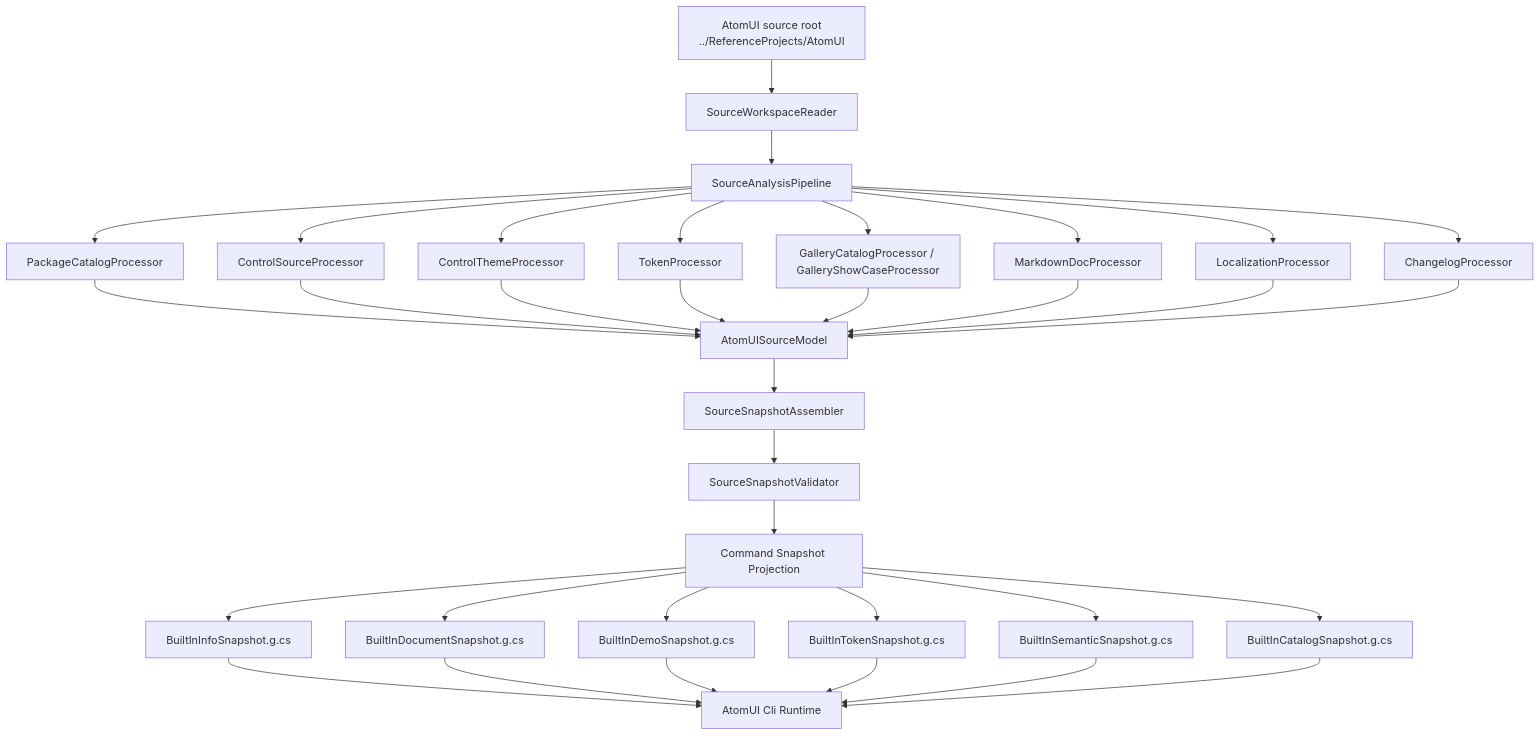
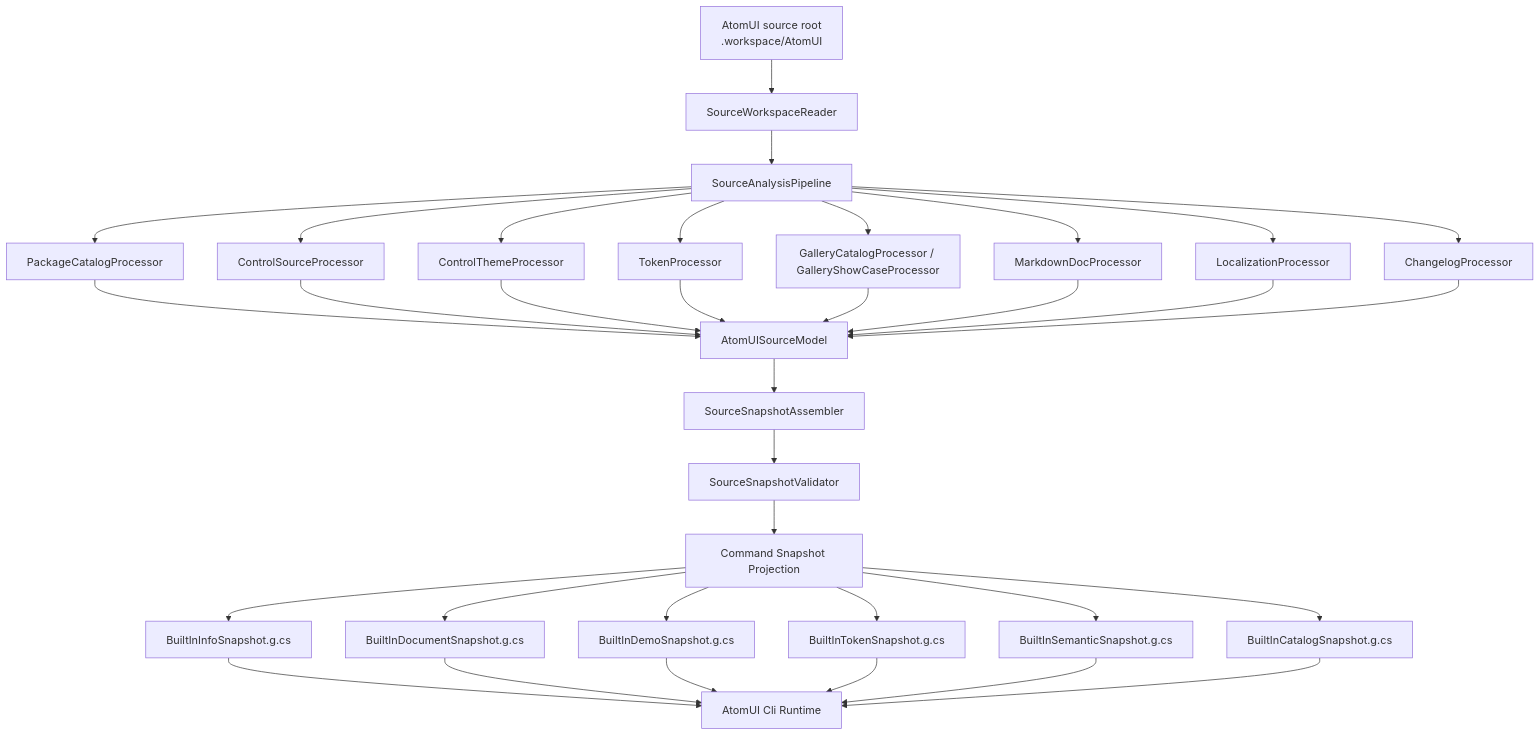
The diagram in docs/architecture/source-analysis-pipeline-design.md (AtomUI/AtomUI.Cli), drawn with Mermaid before and after one commit. The commit also changed other lines of this file and 33 other files, not shown here.

Commit message:
chore: standardize source workspace and presentation layout

````diff
--- a/docs/architecture/source-analysis-pipeline-design.md
+++ b/docs/architecture/source-analysis-pipeline-design.md
@@ -50,41 +50,41 @@
 ```mermaid
 flowchart TB
-    Source["AtomUI source root<br/>../ReferenceProjects/AtomUI"] --> Reader["SourceWorkspaceReader"]
+    Source["AtomUI source root<br/>.workspace/AtomUI"] --> Reader["SourceWorkspaceReader"]
     Reader --> Pipeline["SourceAnalysisPipeline"]
 
     Pipeline --> P1["PackageCatalogProcessor"]
     Pipeline --> P2["ControlSourceProcessor"]
     Pipeline --> P3["ControlThemeProcessor"]
     Pipeline --> P4["TokenProcessor"]
     Pipeline --> P5["GalleryCatalogProcessor / GalleryShowCaseProcessor"]
     Pipeline --> P6["MarkdownDocProcessor"]
     Pipeline --> P7["LocalizationProcessor"]
     Pipeline --> P8["ChangelogProcessor"]
 
     P1 --> Model["AtomUISourceModel"]
     P2 --> Model
     P3 --> Model
     P4 --> Model
     P5 --> Model
     P6 --> Model
     P7 --> Model
     P8 --> Model
 
     Model --> Assembler["SourceSnapshotAssembler"]
     Assembler --> Validator["SourceSnapshotValidator"]
     Validator --> Projection["Command Snapshot Projection"]
 
     Projection --> Info["BuiltInInfoSnapshot.g.cs"]
     Projection --> Doc["BuiltInDocumentSnapshot.g.cs"]
     Projection --> Demo["BuiltInDemoSnapshot.g.cs"]
     Projection --> Token["BuiltInTokenSnapshot.g.cs"]
     Projection --> Semantic["BuiltInSemanticSnapshot.g.cs"]
     Projection --> Catalog["BuiltInCatalogSnapshot.g.cs"]
 
     Info --> Runtime["AtomUI Cli Runtime"]
     Doc --> Runtime
     Demo --> Runtime
     Token --> Runtime
     Semantic --> Runtime
     Catalog --> Runtime
 ```
````
